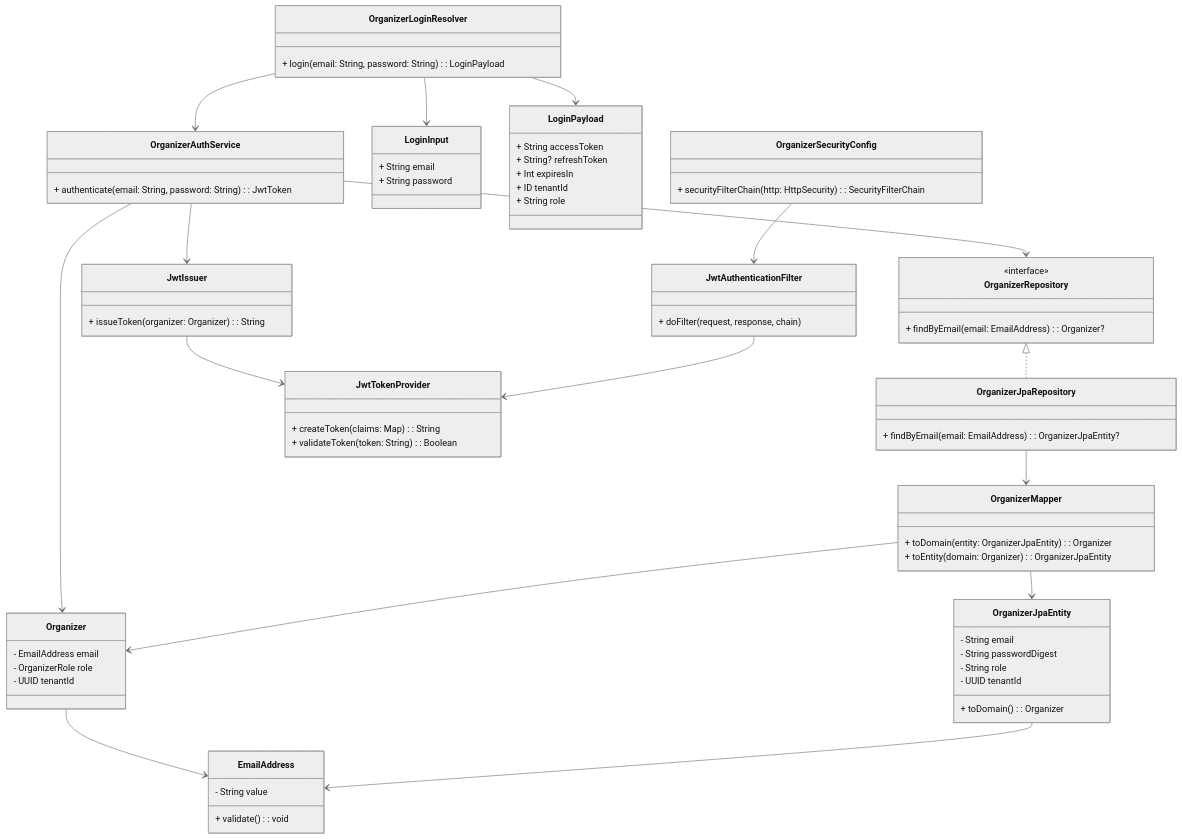
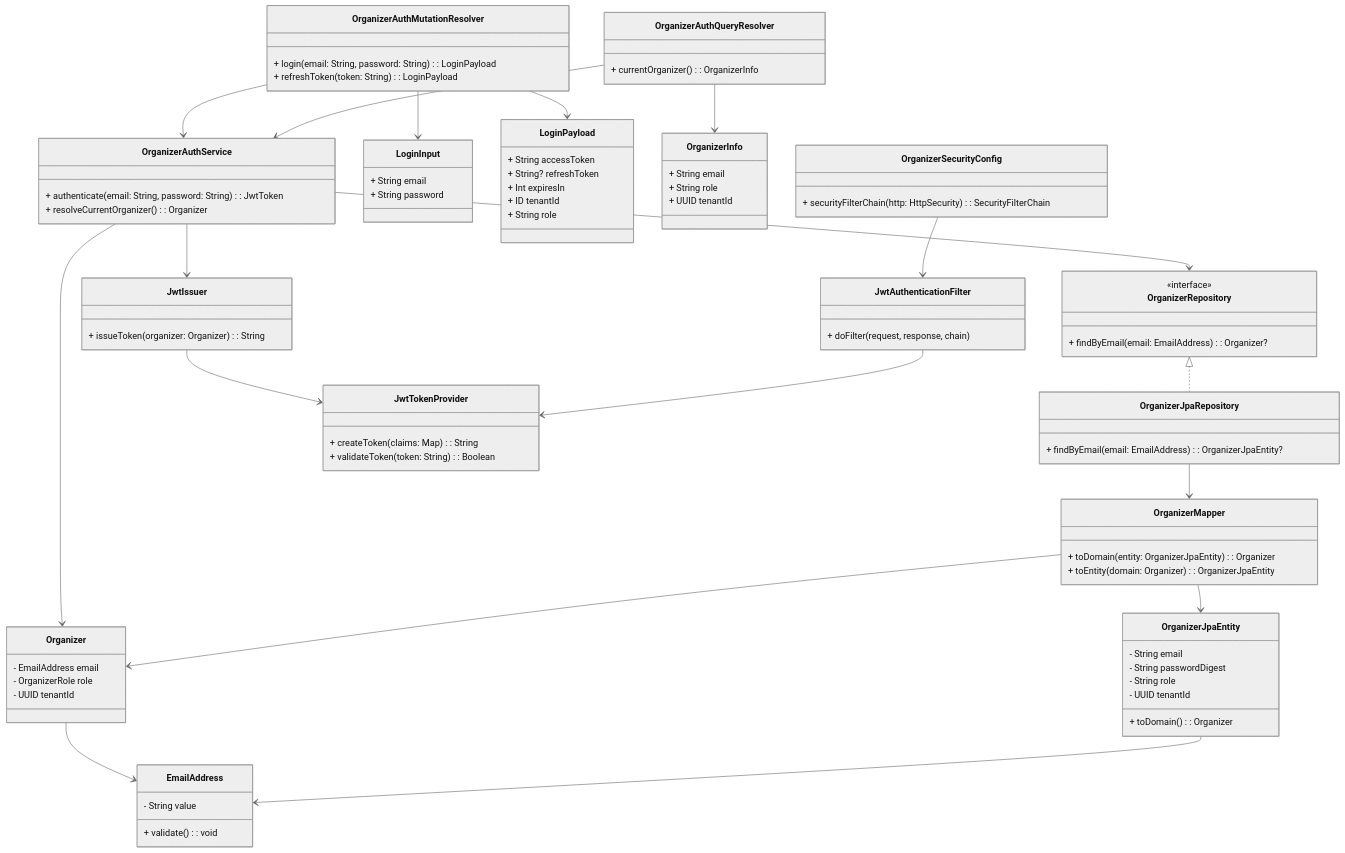
One commit to yuji91/kt-event-saas changed the second of 2 diagrams in docs/03_organizer/README.md. Above: the diagram before and after it, drawn with Mermaid (neutral theme). The commit also changed other lines of this file, not shown here.

Commit message:
ドキュメントを更新し、Resolverクラスは Query, Mutation で分けて定義した

````diff
--- a/docs/03_organizer/README.md
+++ b/docs/03_organizer/README.md
@@ -160,94 +169,108 @@
 classDiagram
 
 %% ==== Domain Layer ====
-class Organizer {
-  - EmailAddress email
-  - OrganizerRole role
-  - UUID tenantId
-}
+    class Organizer {
+        - EmailAddress email
+        - OrganizerRole role
+        - UUID tenantId
+    }
 
-class EmailAddress {
-  - String value
-  + validate(): void
-}
+    class EmailAddress {
+        - String value
+        + validate(): void
+    }
 
-class OrganizerRepository {
-  <<interface>>
-  + findByEmail(email: EmailAddress): Organizer?
-}
+    class OrganizerRepository {
+        <<interface>>
+        + findByEmail(email: EmailAddress): Organizer?
+    }
 
 %% ==== Application Layer ====
-class OrganizerAuthService {
-  + authenticate(email: String, password: String): JwtToken
-}
+    class OrganizerAuthService {
+        + authenticate(email: String, password: String): JwtToken
+        + resolveCurrentOrganizer(): Organizer
+    }
 
-class JwtIssuer {
-  + issueToken(organizer: Organizer): String
-}
+    class JwtIssuer {
+        + issueToken(organizer: Organizer): String
+    }
 
 %% ==== Presentation Layer ====
-class OrganizerLoginResolver {
-  + login(email: String, password: String): LoginPayload
-}
+    class OrganizerAuthMutationResolver {
+        + login(email: String, password: String): LoginPayload
+        + refreshToken(token: String): LoginPayload
+    }
 
-class LoginInput {
-  + String email
-  + String password
-}
+    class OrganizerAuthQueryResolver {
+        + currentOrganizer(): OrganizerInfo
+    }
 
-class LoginPayload {
-  + String accessToken
-  + String? refreshToken
-  + Int expiresIn
-  + ID tenantId
-  + String role
-}
+    class LoginInput {
+        + String email
+        + String password
+    }
+
+    class LoginPayload {
+        + String accessToken
+        + String? refreshToken
+        + Int expiresIn
+        + ID tenantId
+        + String role
+    }
+
+    class OrganizerInfo {
+        + String email
+        + String role
+        + UUID tenantId
+    }
 
 %% ==== Infrastructure Layer ====
-class OrganizerJpaEntity {
-  - String email
-  - String passwordDigest
-  - String role
-  - UUID tenantId
-  + toDomain(): Organizer
-}
+    class OrganizerJpaEntity {
+        - String email
+        - String passwordDigest
+        - String role
+        - UUID tenantId
+        + toDomain(): Organizer
+    }
 
-class OrganizerJpaRepository {
-  + findByEmail(email: EmailAddress): OrganizerJpaEntity?
-}
+    class OrganizerJpaRepository {
+        + findByEmail(email: EmailAddress): OrganizerJpaEntity?
+    }
 
-class OrganizerMapper {
-  + toDomain(entity: OrganizerJpaEntity): Organizer
-  + toEntity(domain: Organizer): OrganizerJpaEntity
-}
+    class OrganizerMapper {
+        + toDomain(entity: OrganizerJpaEntity): Organizer
+        + toEntity(domain: Organizer): OrganizerJpaEntity
+    }
 
-class JwtTokenProvider {
-  + createToken(claims: Map<String, Any>): String
-  + validateToken(token: String): Boolean
-}
+    class JwtTokenProvider {
+        + createToken(claims: Map<String, Any>): String
+        + validateToken(token: String): Boolean
+    }
 
-class JwtAuthenticationFilter {
-  + doFilter(request, response, chain)
-}
+    class JwtAuthenticationFilter {
+        + doFilter(request, response, chain)
+    }
 
-class OrganizerSecurityConfig {
-  + securityFilterChain(http: HttpSecurity): SecurityFilterChain
-}
+    class OrganizerSecurityConfig {
+        + securityFilterChain(http: HttpSecurity): SecurityFilterChain
+    }
 
 %% ==== Relationships ====
-Organizer --> EmailAddress
-OrganizerAuthService --> OrganizerRepository
-OrganizerAuthService --> Organizer
-OrganizerAuthService --> JwtIssuer
-OrganizerLoginResolver --> OrganizerAuthService
-OrganizerLoginResolver --> LoginInput
-OrganizerLoginResolver --> LoginPayload
-OrganizerRepository <|.. OrganizerJpaRepository
-OrganizerJpaRepository --> OrganizerMapper
-OrganizerMapper --> Organizer
-OrganizerMapper --> OrganizerJpaEntity
-OrganizerJpaEntity --> EmailAddress
-JwtIssuer --> JwtTokenProvider
-JwtAuthenticationFilter --> JwtTokenProvider
-OrganizerSecurityConfig --> JwtAuthenticationFilter
+    Organizer --> EmailAddress
+    OrganizerAuthService --> OrganizerRepository
+    OrganizerAuthService --> Organizer
+    OrganizerAuthService --> JwtIssuer
+    OrganizerAuthMutationResolver --> OrganizerAuthService
+    OrganizerAuthMutationResolver --> LoginInput
+    OrganizerAuthMutationResolver --> LoginPayload
+    OrganizerAuthQueryResolver --> OrganizerAuthService
+    OrganizerAuthQueryResolver --> OrganizerInfo
+    OrganizerRepository <|.. OrganizerJpaRepository
+    OrganizerJpaRepository --> OrganizerMapper
+    OrganizerMapper --> Organizer
+    OrganizerMapper --> OrganizerJpaEntity
+    OrganizerJpaEntity --> EmailAddress
+    JwtIssuer --> JwtTokenProvider
+    JwtAuthenticationFilter --> JwtTokenProvider
+    OrganizerSecurityConfig --> JwtAuthenticationFilter
 ```
````
